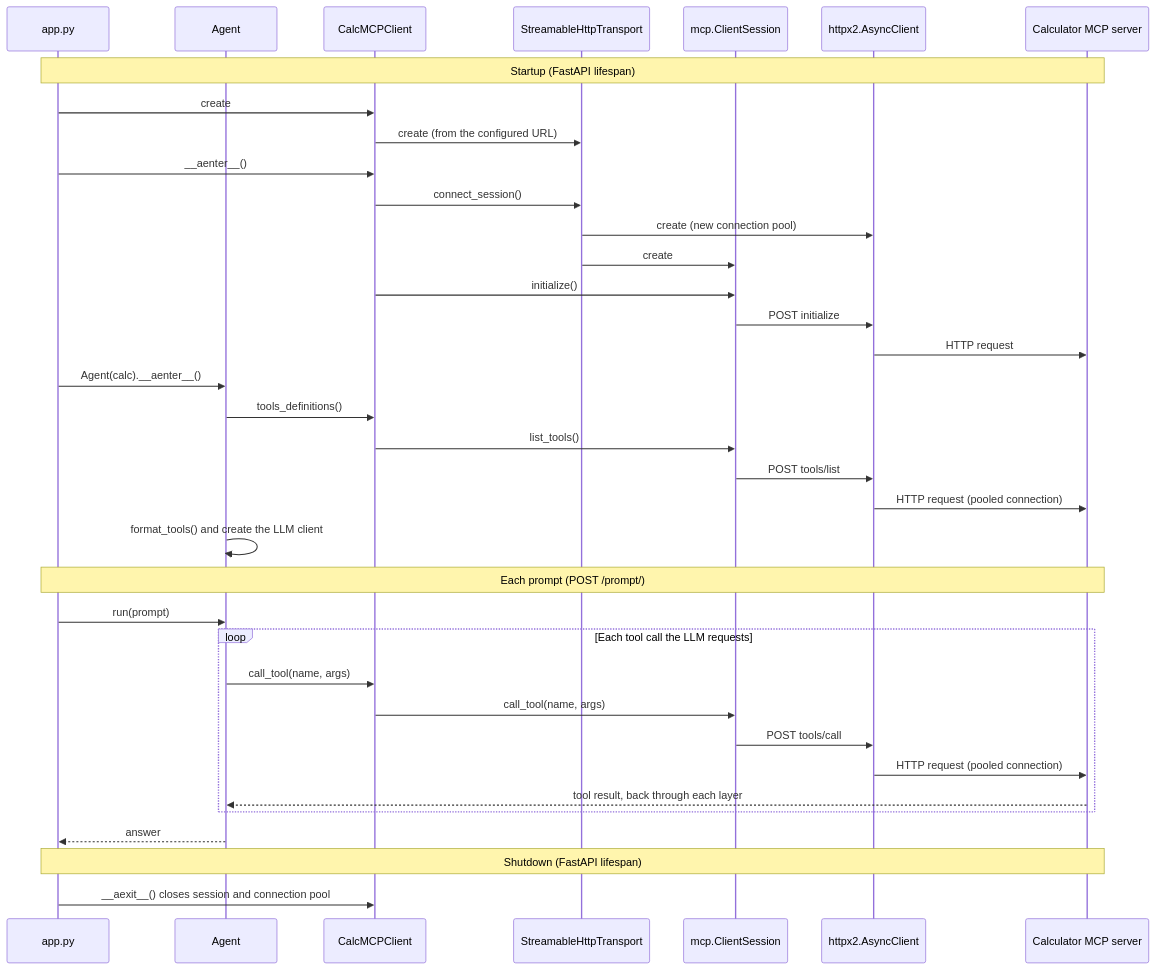
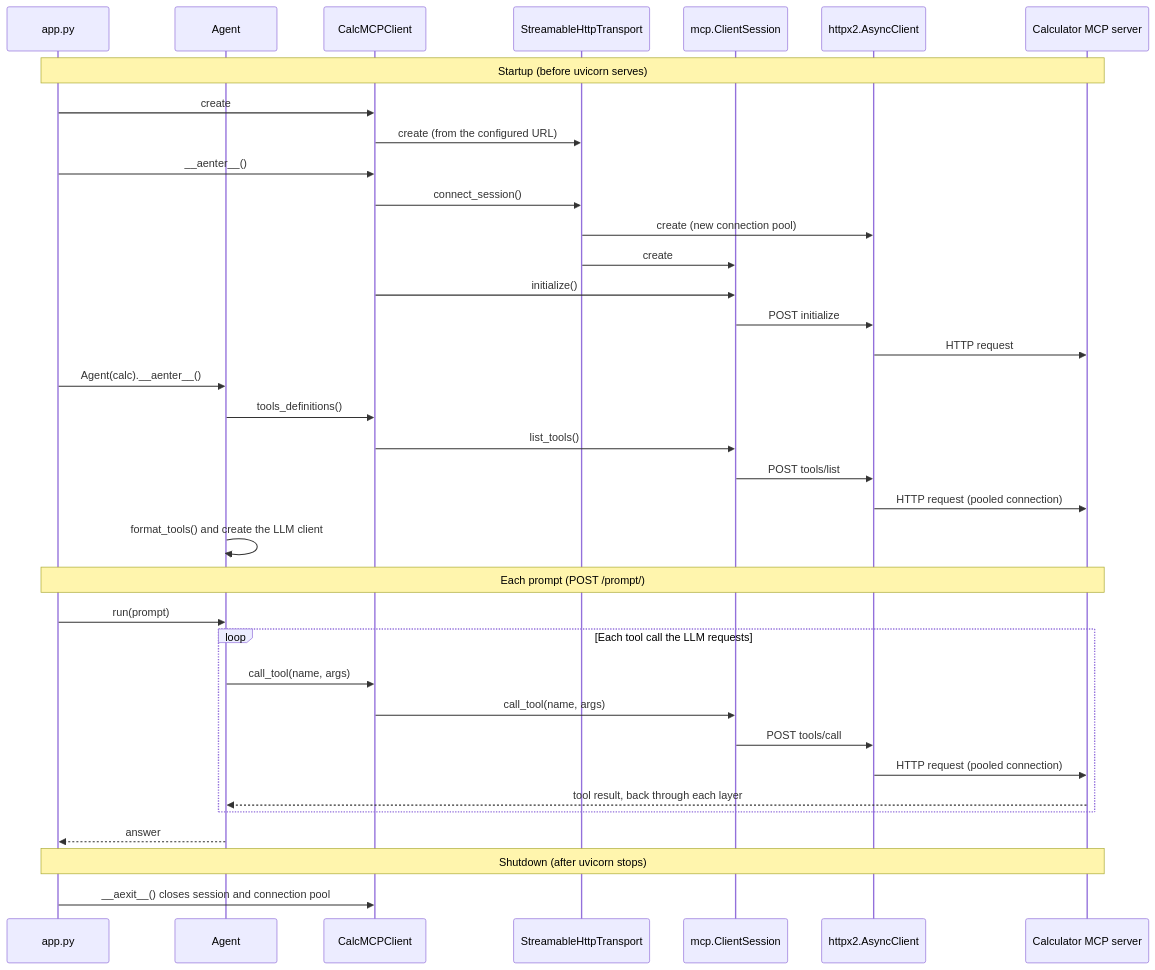
Before and after one commit to rubensgomes-org/math-ai-agent: the diagram in docs/SEQUENCE_DIAGRAM.md, drawn with Mermaid. The commit also changed 12 other files, not shown here.

````diff
--- a/docs/SEQUENCE_DIAGRAM.md
+++ b/docs/SEQUENCE_DIAGRAM.md
@@ -11,41 +11,41 @@
 ```mermaid
 sequenceDiagram
     participant App as app.py
     participant Agent
     participant Client as CalcMCPClient
     participant Transport as StreamableHttpTransport
     participant Session as mcp.ClientSession
     participant Http as httpx2.AsyncClient
     participant Server as Calculator MCP server
 
-    Note over App,Server: Startup (FastAPI lifespan)
+    Note over App,Server: Startup (before uvicorn serves)
     App->>Client: create
     Client->>Transport: create (from the configured URL)
     App->>Client: __aenter__()
     Client->>Transport: connect_session()
     Transport->>Http: create (new connection pool)
     Transport->>Session: create
     Client->>Session: initialize()
     Session->>Http: POST initialize
     Http->>Server: HTTP request
     App->>Agent: Agent(calc).__aenter__()
     Agent->>Client: tools_definitions()
     Client->>Session: list_tools()
     Session->>Http: POST tools/list
     Http->>Server: HTTP request (pooled connection)
     Agent->>Agent: format_tools() and create the LLM client
 
     Note over App,Server: Each prompt (POST /prompt/)
     App->>Agent: run(prompt)
     loop Each tool call the LLM requests
         Agent->>Client: call_tool(name, args)
         Client->>Session: call_tool(name, args)
         Session->>Http: POST tools/call
         Http->>Server: HTTP request (pooled connection)
         Server-->>Agent: tool result, back through each layer
     end
     Agent-->>App: answer
 
-    Note over App,Server: Shutdown (FastAPI lifespan)
+    Note over App,Server: Shutdown (after uvicorn stops)
     App->>Client: __aexit__() closes session and connection pool
 ```
````
